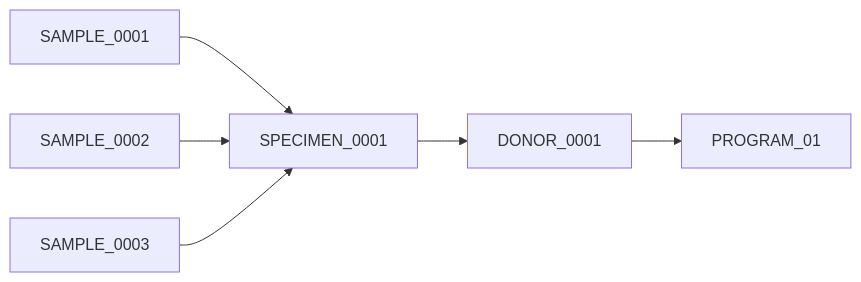
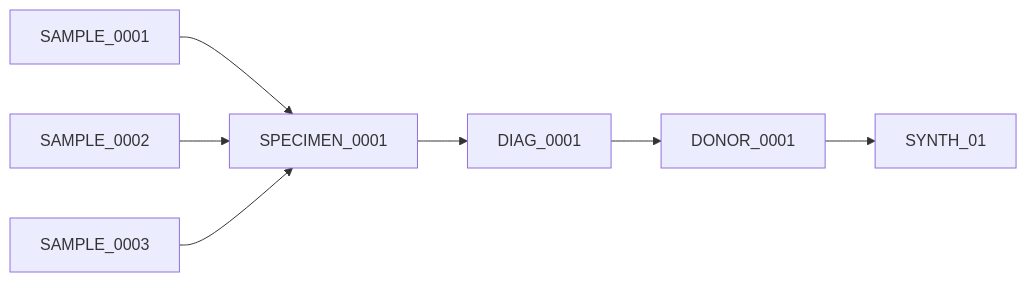
One commit to CanDIG/katsu changed the second of 9 diagrams in chord_metadata_service/mohpackets/data/small_dataset/README.md. Above: the diagram before and after it, drawn with Mermaid. The commit also changed other lines of this file and 14 other files, not shown here.

````diff
--- a/chord_metadata_service/mohpackets/data/small_dataset/README.md
+++ b/chord_metadata_service/mohpackets/data/small_dataset/README.md
@@ -39,7 +39,7 @@
 ```mermaid
 graph LR;
   SAMPLE_0001 --> SPECIMEN_0001;
   SAMPLE_0002 --> SPECIMEN_0001;
   SAMPLE_0003 --> SPECIMEN_0001;
-  SPECIMEN_0001 --> DONOR_0001 --> PROGRAM_01;
+  SPECIMEN_0001 --> DIAG_0001 --> DONOR_0001 --> SYNTH_01;
 ```
````
